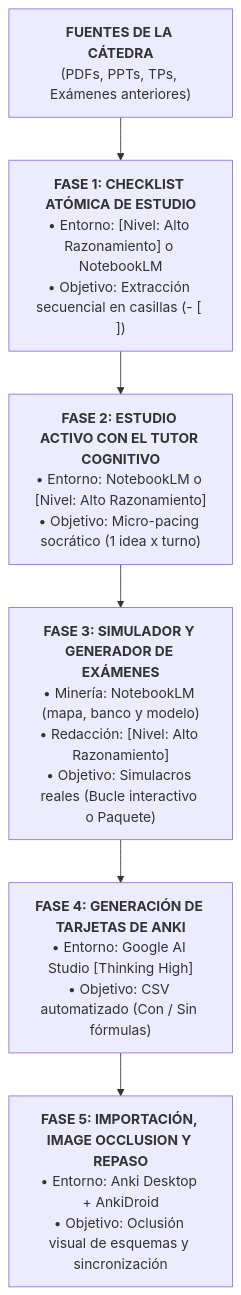
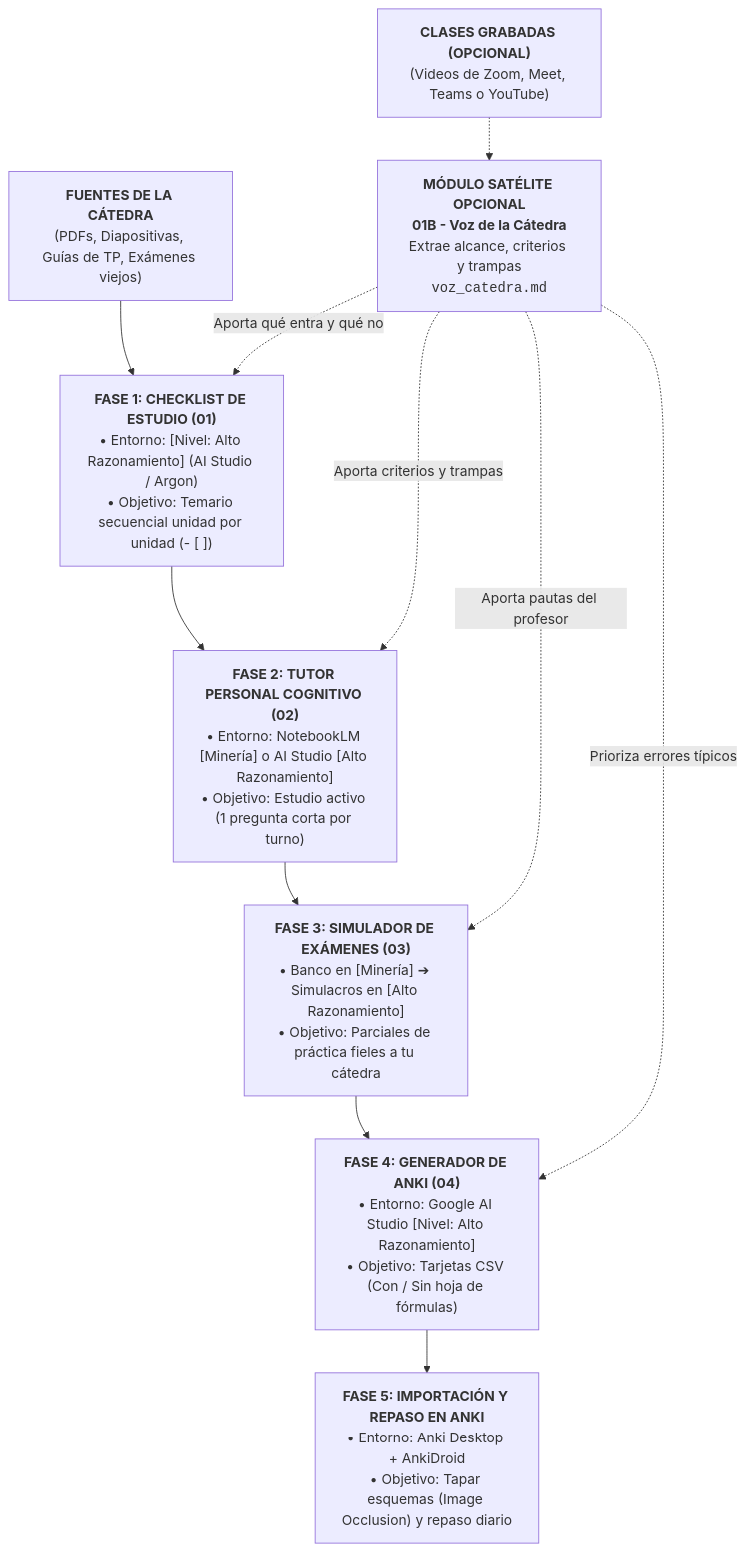
Before and after one commit to benjat3/guias-ia-facu: the diagram in src/site/notes/20. Áreas/Sistema de Estudio con IA/00 - Inicio y Flujo de Trabajo.md, drawn with Mermaid. The commit also changed other lines of this file and 13 other files, not shown here.

````diff
--- a/src/site/notes/20. Áreas/Sistema de Estudio con IA/00 - Inicio y Flujo de Trabajo.md
+++ b/src/site/notes/20. Áreas/Sistema de Estudio con IA/00 - Inicio y Flujo de Trabajo.md
@@ -51,20 +55,24 @@
 ```mermaid
 flowchart TD
-    FUENTES["<b>FUENTES DE LA CÁTEDRA</b><br>(PDFs, PPTs, TPs, Exámenes anteriores)"]
+    FUENTES["<b>FUENTES DE LA CÁTEDRA</b><br>(PDFs, Diapositivas, Guías de TP, Exámenes viejos)"]
+    VIDEOS["<b>CLASES GRABADAS (OPCIONAL)</b><br>(Videos de Zoom, Meet, Teams o YouTube)"]
+    VOZ["<b>MÓDULO SATÉLITE OPCIONAL</b><br><b>01B - Voz de la Cátedra</b><br>Extrae alcance, criterios y trampas<br><code>voz_catedra.md</code>"]
     
-    F1["<b>FASE 1: CHECKLIST ATÓMICA DE ESTUDIO</b><br>• Entorno: [Nivel: Alto Razonamiento] o NotebookLM<br>• Objetivo: Extracción secuencial en casillas (- [ ])"]
-    
-    F2["<b>FASE 2: ESTUDIO ACTIVO CON EL TUTOR COGNITIVO</b><br>• Entorno: NotebookLM o [Nivel: Alto Razonamiento]<br>• Objetivo: Micro-pacing socrático (1 idea x turno)"]
-    
-    F3["<b>FASE 3: SIMULADOR Y GENERADOR DE EXÁMENES</b><br>• Minería: NotebookLM (mapa, banco y modelo)<br>• Redacción: [Nivel: Alto Razonamiento]<br>• Objetivo: Simulacros reales (Bucle interactivo o Paquete)"]
-    
-    F4["<b>FASE 4: GENERACIÓN DE TARJETAS DE ANKI</b><br>• Entorno: Google AI Studio [Thinking High]<br>• Objetivo: CSV automatizado (Con / Sin fórmulas)"]
-    
-    F5["<b>FASE 5: IMPORTACIÓN, IMAGE OCCLUSION Y REPASO</b><br>• Entorno: Anki Desktop + AnkiDroid<br>• Objetivo: Oclusión visual de esquemas y sincronización"]
+    F1["<b>FASE 1: CHECKLIST DE ESTUDIO (01)</b><br>• Entorno: [Nivel: Alto Razonamiento] (AI Studio / Argon)<br>• Objetivo: Temario secuencial unidad por unidad (- [ ])"]
+    F2["<b>FASE 2: TUTOR PERSONAL COGNITIVO (02)</b><br>• Entorno: NotebookLM [Minería] o AI Studio [Alto Razonamiento]<br>• Objetivo: Estudio activo (1 pregunta corta por turno)"]
+    F3["<b>FASE 3: SIMULADOR DE EXÁMENES (03)</b><br>• Banco en [Minería] ➔ Simulacros en [Alto Razonamiento]<br>• Objetivo: Parciales de práctica fieles a tu cátedra"]
+    F4["<b>FASE 4: GENERADOR DE ANKI (04)</b><br>• Entorno: Google AI Studio [Nivel: Alto Razonamiento]<br>• Objetivo: Tarjetas CSV (Con / Sin hoja de fórmulas)"]
+    F5["<b>FASE 5: IMPORTACIÓN Y REPASO EN ANKI</b><br>• Entorno: Anki Desktop + AnkiDroid<br>• Objetivo: Tapar esquemas (Image Occlusion) y repaso diario"]
 
     FUENTES --> F1
+    VIDEOS -.-> VOZ
+    VOZ -.->|"Aporta qué entra y qué no"| F1
+    VOZ -.->|"Aporta criterios y trampas"| F2
+    VOZ -.->|"Aporta pautas del profesor"| F3
+    VOZ -.->|"Prioriza errores típicos"| F4
+    
     F1 --> F2
     F2 --> F3
     F3 --> F4
     F4 --> F5
 ```
````
